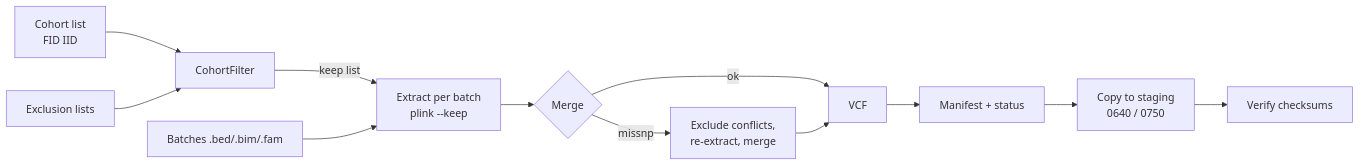
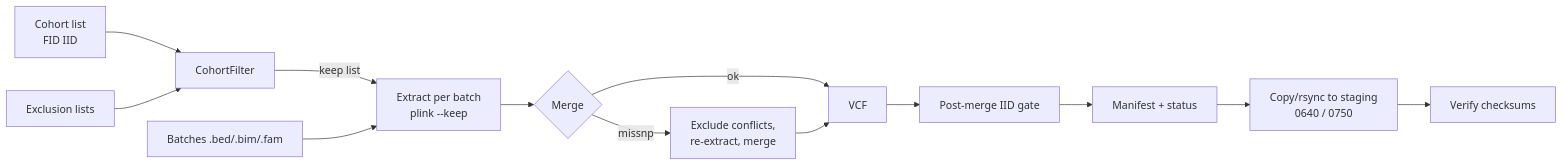
Before and after one commit to dsugurtuna/genomic-cohort-delivery-pipeline: the diagram in README.md, drawn with Mermaid. The commit also changed other lines of this file and 19 other files, not shown here.

````diff
--- a/README.md
+++ b/README.md
@@ -105,14 +124,15 @@
 ```mermaid
 flowchart LR
     C[Cohort list<br/>FID IID] --> F[CohortFilter]
     X[Exclusion lists] --> F
     F -->|keep list| E[Extract per batch<br/>plink --keep]
     B[Batches .bed/.bim/.fam] --> E
     E --> M{Merge}
     M -->|missnp| R[Exclude conflicts,<br/>re-extract, merge]
     M -->|ok| V[VCF]
     R --> V
-    V --> MF[Manifest + status]
-    MF --> T[Copy to staging<br/>0640 / 0750]
+    V --> G[Post-merge IID gate]
+    G --> MF[Manifest + status]
+    MF --> T[Copy/rsync to staging<br/>0640 / 0750]
     T --> CK[Verify checksums]
 ```
````
